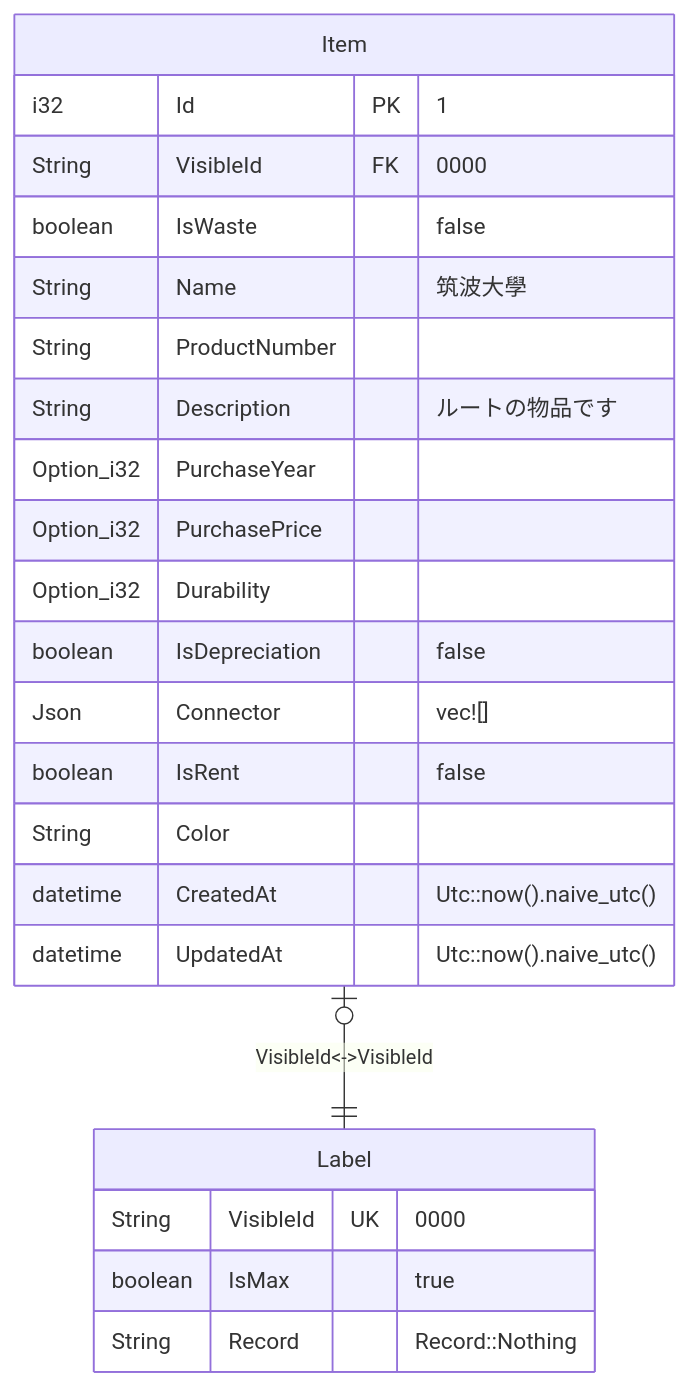
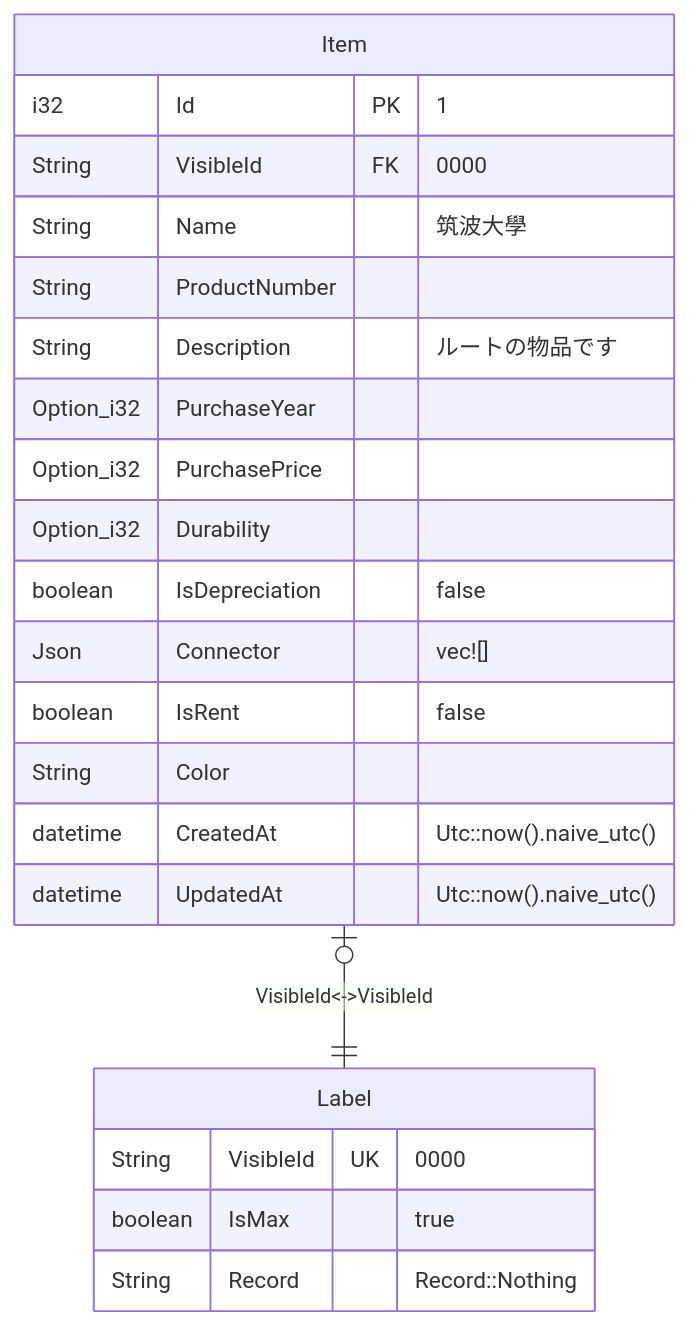
Before and after one commit to Myxogastria0808/dashi-server: the second of 4 diagrams in README.md, drawn with Mermaid. The commit also changed other lines of this file, not shown here.

````diff
--- a/README.md
+++ b/README.md
@@ -88,26 +88,25 @@
 ```mermaid
 erDiagram
     Item |o--|| Label : "VisibleId<->VisibleId"
     Item {
         i32 Id PK "1"
         String VisibleId FK "0000"
-        boolean IsWaste "false"
         String Name "筑波大學"
         String ProductNumber ""
         String Description "ルートの物品です"
         Option_i32 PurchaseYear ""
         Option_i32 PurchasePrice ""
         Option_i32 Durability ""
         boolean IsDepreciation "false"
         Json Connector "vec![]"
         boolean IsRent "false"
         String Color ""
         datetime CreatedAt "Utc::now().naive_utc()"
         datetime UpdatedAt "Utc::now().naive_utc()"
     }
     Label {
         String VisibleId UK "0000"
         boolean IsMax "true"
         String Record "Record::Nothing"
     }
 ```
````
